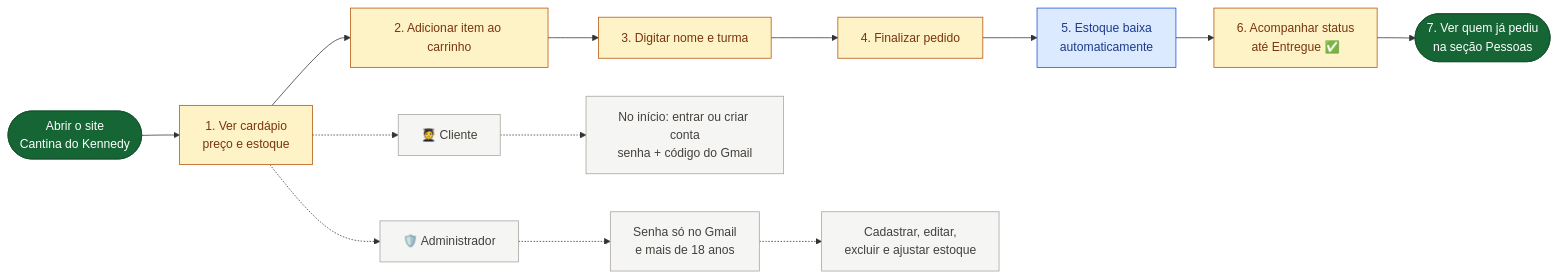
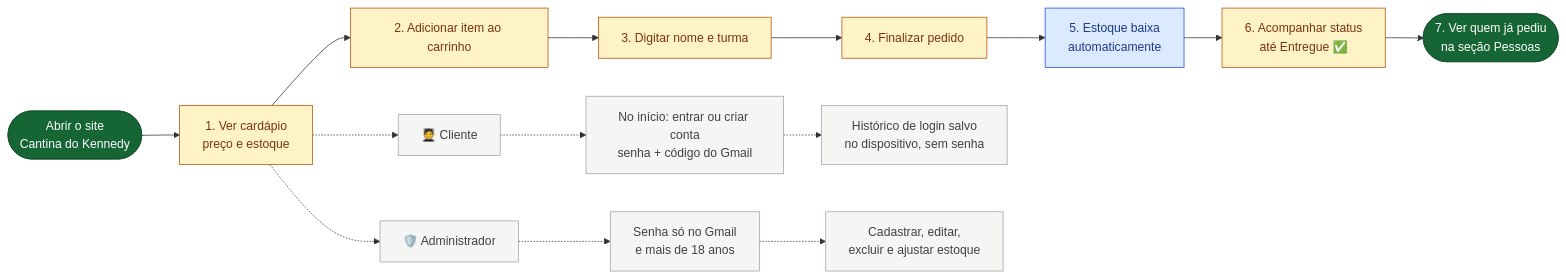
The diagram in fluxograma-simples.md (afonsomiguel700/cantina-kennedy), drawn with Mermaid before and after one commit. The commit also changed 9 other files, not shown here.

Commit message:
Salva historico de login no dispositivo

````diff
--- a/fluxograma-simples.md
+++ b/fluxograma-simples.md
@@ -12,28 +12,29 @@
 ```mermaid
 flowchart LR
     A(["Abrir o site<br/>Cantina do Kennedy"])
     B["1. Ver cardápio<br/>preço e estoque"]
     C["2. Adicionar item ao carrinho"]
     D["3. Digitar nome e turma"]
     E["4. Finalizar pedido"]
     F["5. Estoque baixa<br/>automaticamente"]
     G["6. Acompanhar status<br/>até Entregue ✅"]
     H(["7. Ver quem já pediu<br/>na seção Pessoas"])
 
     A --> B --> C --> D --> E --> F --> G --> H
 
     B -.-> I["🧑‍🎓 Cliente"]
     I -.-> J["No início: entrar ou criar conta<br/>senha + código do Gmail"]
+    J -.-> N["Histórico de login salvo<br/>no dispositivo, sem senha"]
     B -.-> L["🛡️ Administrador"]
     L -.-> M["Senha só no Gmail<br/>e mais de 18 anos"]
     M -.-> K["Cadastrar, editar,<br/>excluir e ajustar estoque"]
 
     classDef inicio fill:#166534,stroke:#14532d,color:#ffffff;
     classDef acao fill:#fef3c7,stroke:#b45309,color:#78350f;
     classDef salvo fill:#dbeafe,stroke:#1d4ed8,color:#1e3a8a;
     classDef extra fill:#f5f5f4,stroke:#a8a29e,color:#44403c;
     class A,H inicio;
     class B,C,D,E,G acao;
     class F salvo;
-    class I,J,L,M,K extra;
+    class I,J,L,M,K,N extra;
 ```
````
